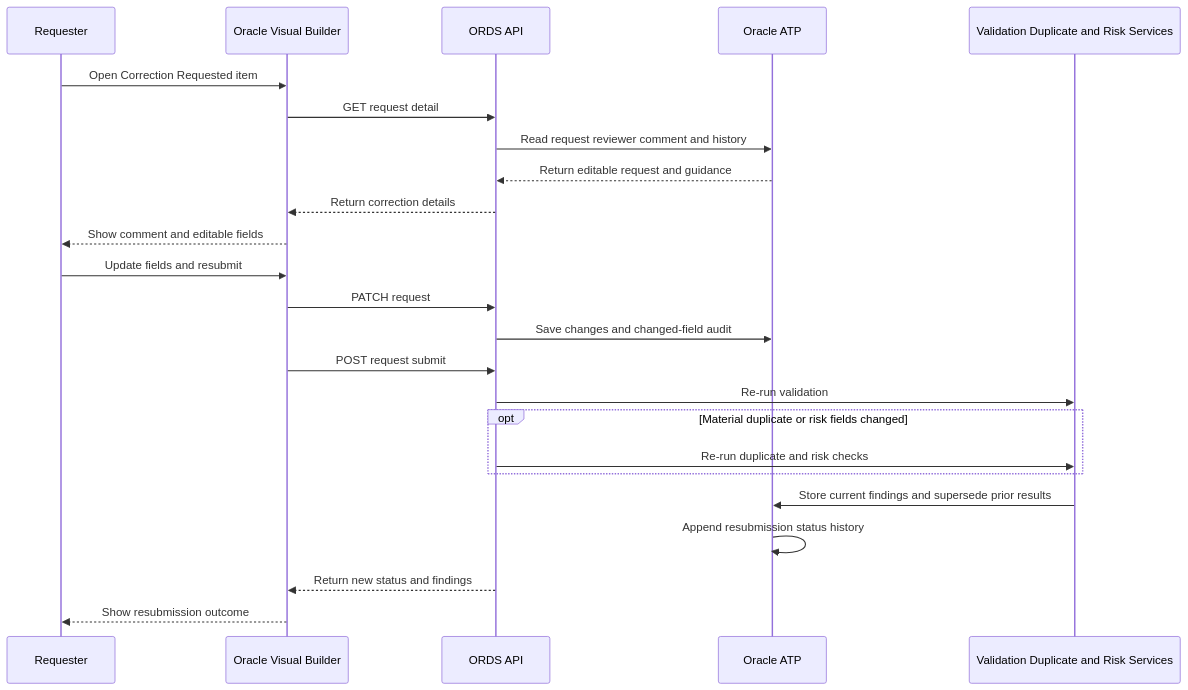
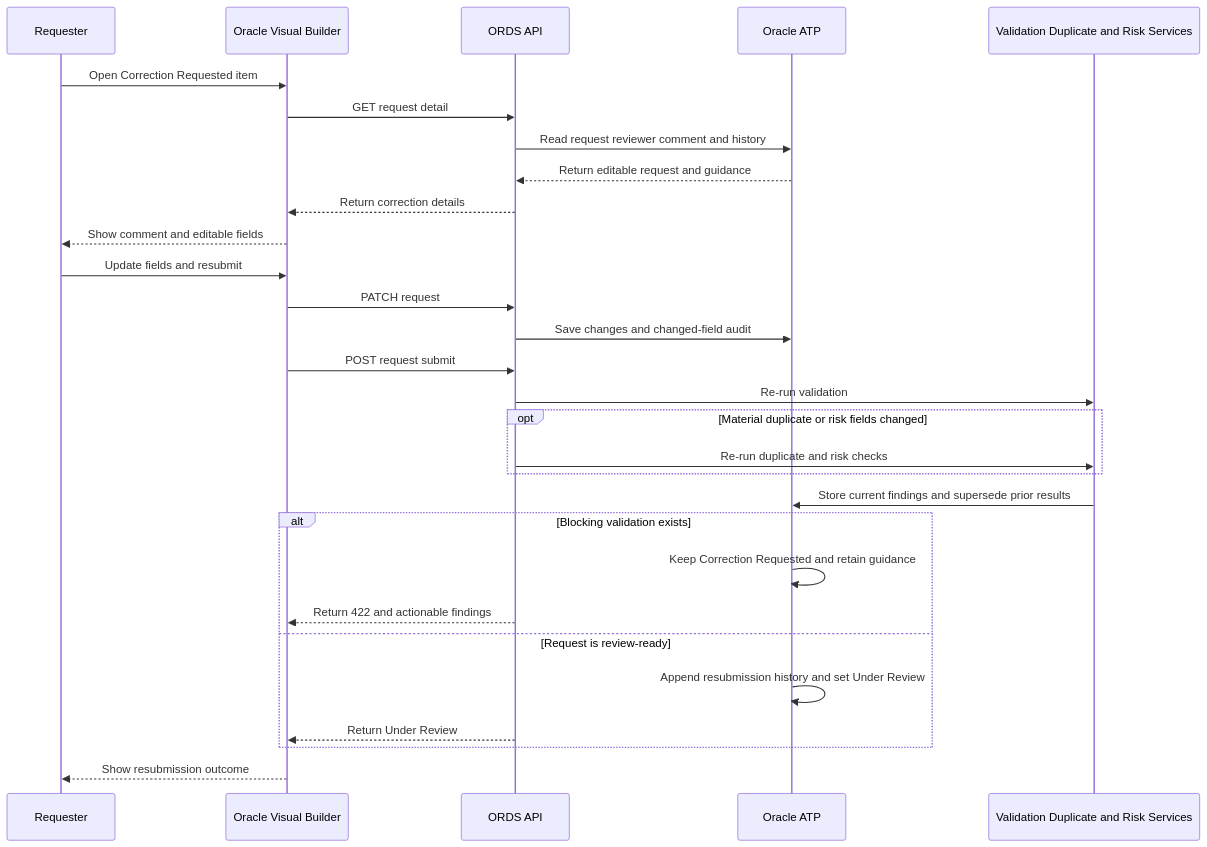
One commit to abdullahsohaill/erp-supplier-onboarding changed the second of 14 diagrams in aidlc-docs/inception/user-stories/sequence-diagrams.md. Above: the diagram before and after it, drawn with Mermaid. The commit also changed other lines of this file and 6 other files, not shown here.

Commit message:
Align requirements and stories with finalized schema

````diff
--- a/aidlc-docs/inception/user-stories/sequence-diagrams.md
+++ b/aidlc-docs/inception/user-stories/sequence-diagrams.md
@@ -52,26 +51,31 @@
 ```mermaid
 sequenceDiagram
     participant Requester
     participant VB as Oracle Visual Builder
     participant ORDS as ORDS API
     participant ATP as Oracle ATP
     participant Rules as Validation Duplicate and Risk Services
     Requester->>VB: Open Correction Requested item
     VB->>ORDS: GET request detail
     ORDS->>ATP: Read request reviewer comment and history
     ATP-->>ORDS: Return editable request and guidance
     ORDS-->>VB: Return correction details
     VB-->>Requester: Show comment and editable fields
     Requester->>VB: Update fields and resubmit
     VB->>ORDS: PATCH request
     ORDS->>ATP: Save changes and changed-field audit
     VB->>ORDS: POST request submit
     ORDS->>Rules: Re-run validation
     opt Material duplicate or risk fields changed
         ORDS->>Rules: Re-run duplicate and risk checks
     end
     Rules->>ATP: Store current findings and supersede prior results
-    ATP->>ATP: Append resubmission status history
-    ORDS-->>VB: Return new status and findings
+    alt Blocking validation exists
+        ATP->>ATP: Keep Correction Requested and retain guidance
+        ORDS-->>VB: Return 422 and actionable findings
+    else Request is review-ready
+        ATP->>ATP: Append resubmission history and set Under Review
+        ORDS-->>VB: Return Under Review
+    end
     VB-->>Requester: Show resubmission outcome
 ```
````
